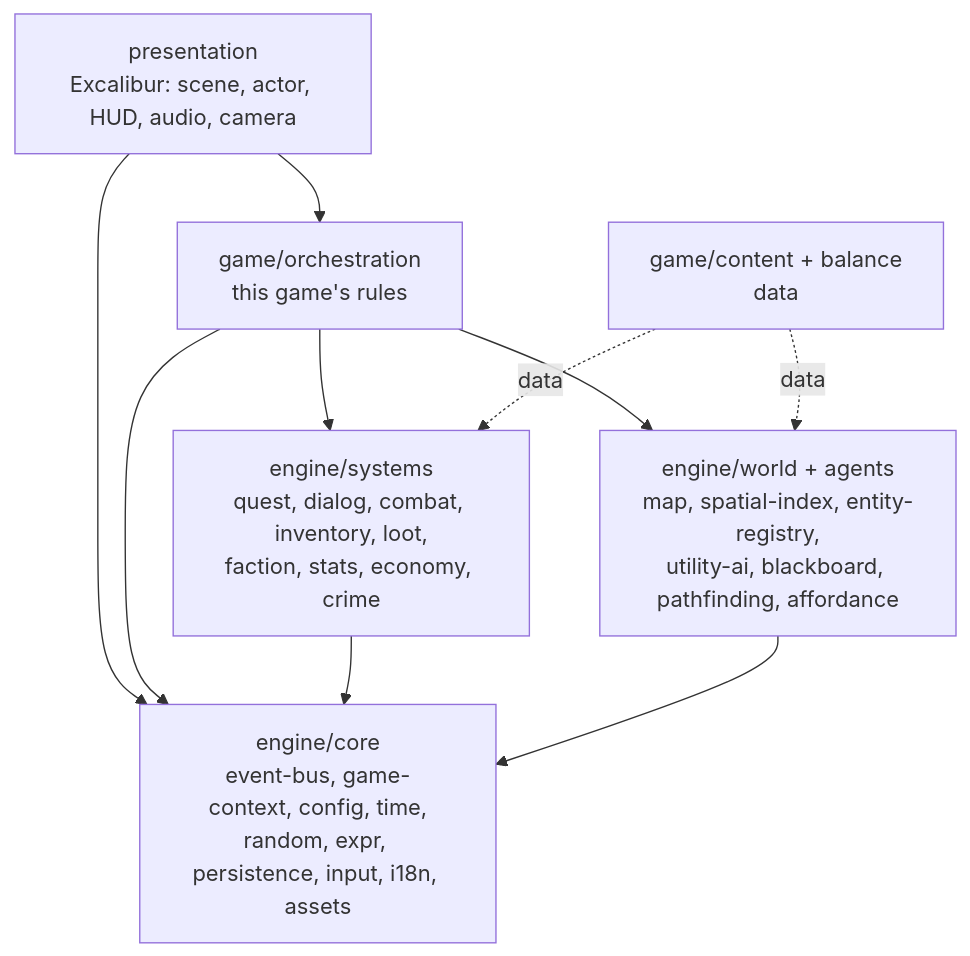
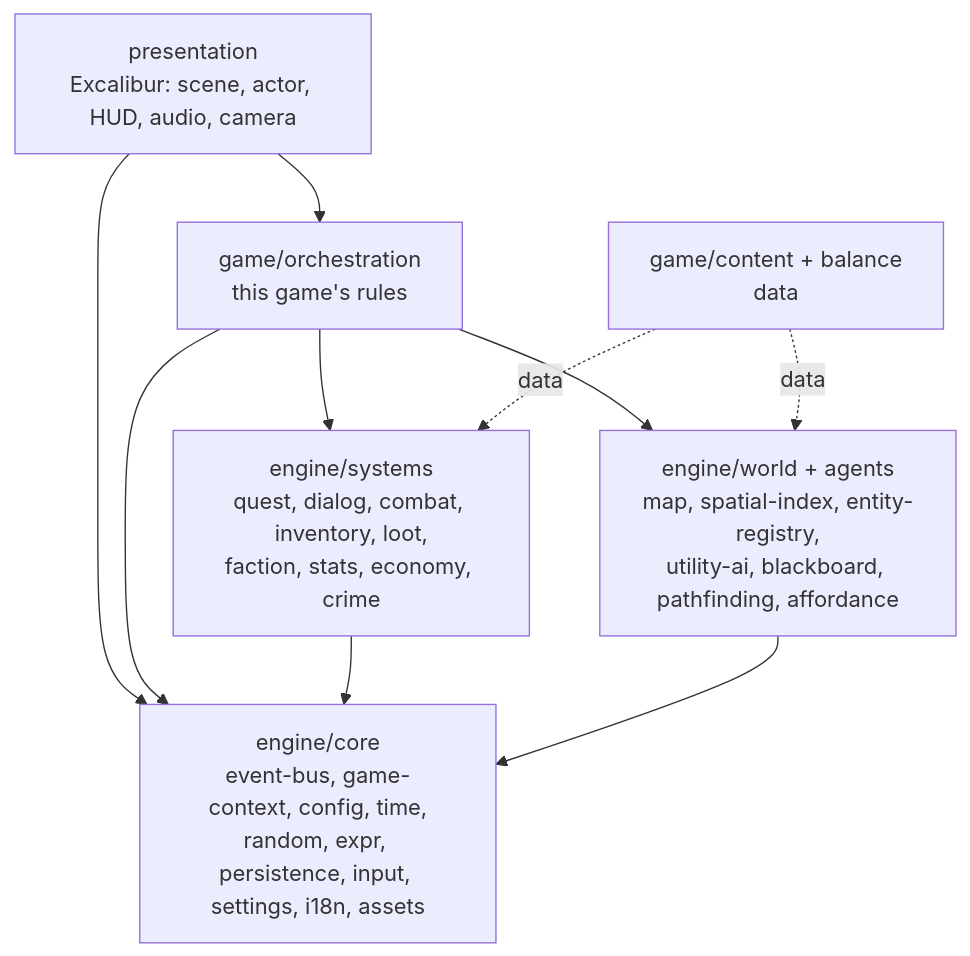
The first of 2 diagrams in docs/REQUIREMENTS.md (denetor/rpgengine), drawn with Mermaid before and after one commit. The commit also changed other lines of this file and 14 other files, not shown here.

````diff
--- a/docs/REQUIREMENTS.md
+++ b/docs/REQUIREMENTS.md
@@ -398,19 +409,19 @@
 ```mermaid
 flowchart TB
     P[presentation<br/>Excalibur: scene, actor, HUD, audio, camera]
     O[game/orchestration<br/>this game's rules]
     C[game/content + balance<br/>data]
     S[engine/systems<br/>quest, dialog, combat, inventory, loot,<br/>faction, stats, economy, crime]
     W[engine/world + agents<br/>map, spatial-index, entity-registry,<br/>utility-ai, blackboard, pathfinding, affordance]
-    K[engine/core<br/>event-bus, game-context, config, time,<br/>random, expr, persistence, input, i18n, assets]
+    K[engine/core<br/>event-bus, game-context, config, time,<br/>random, expr, persistence, input, settings, i18n, assets]
 
     P --> O
     P --> K
     O --> S
     O --> W
     O --> K
     C -.data.-> S
     C -.data.-> W
     S --> K
     W --> K
 ```
````
